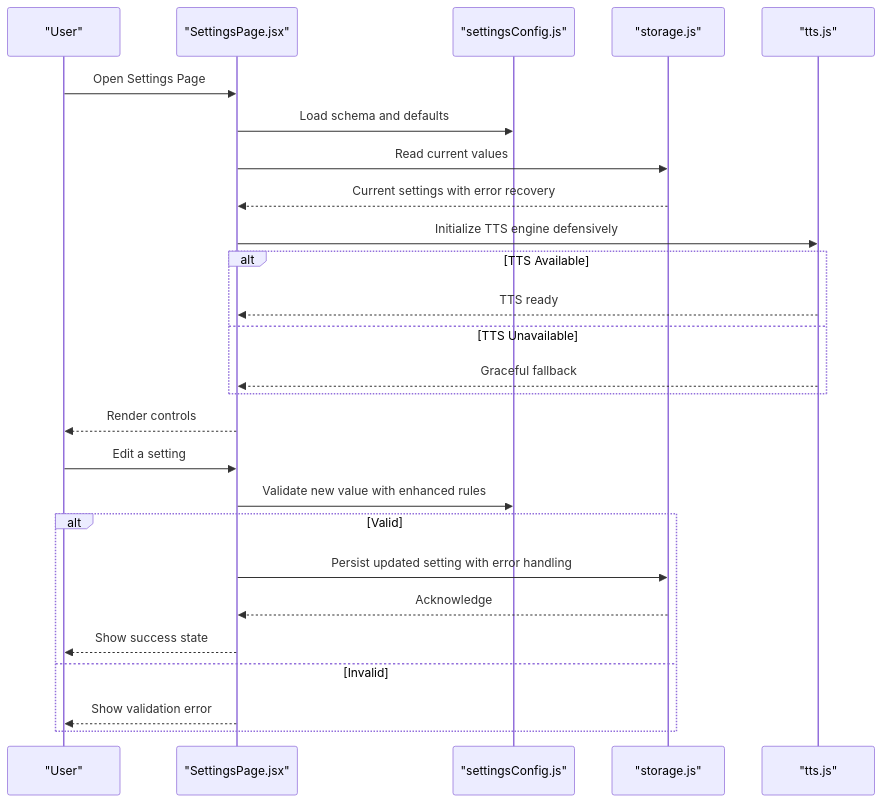
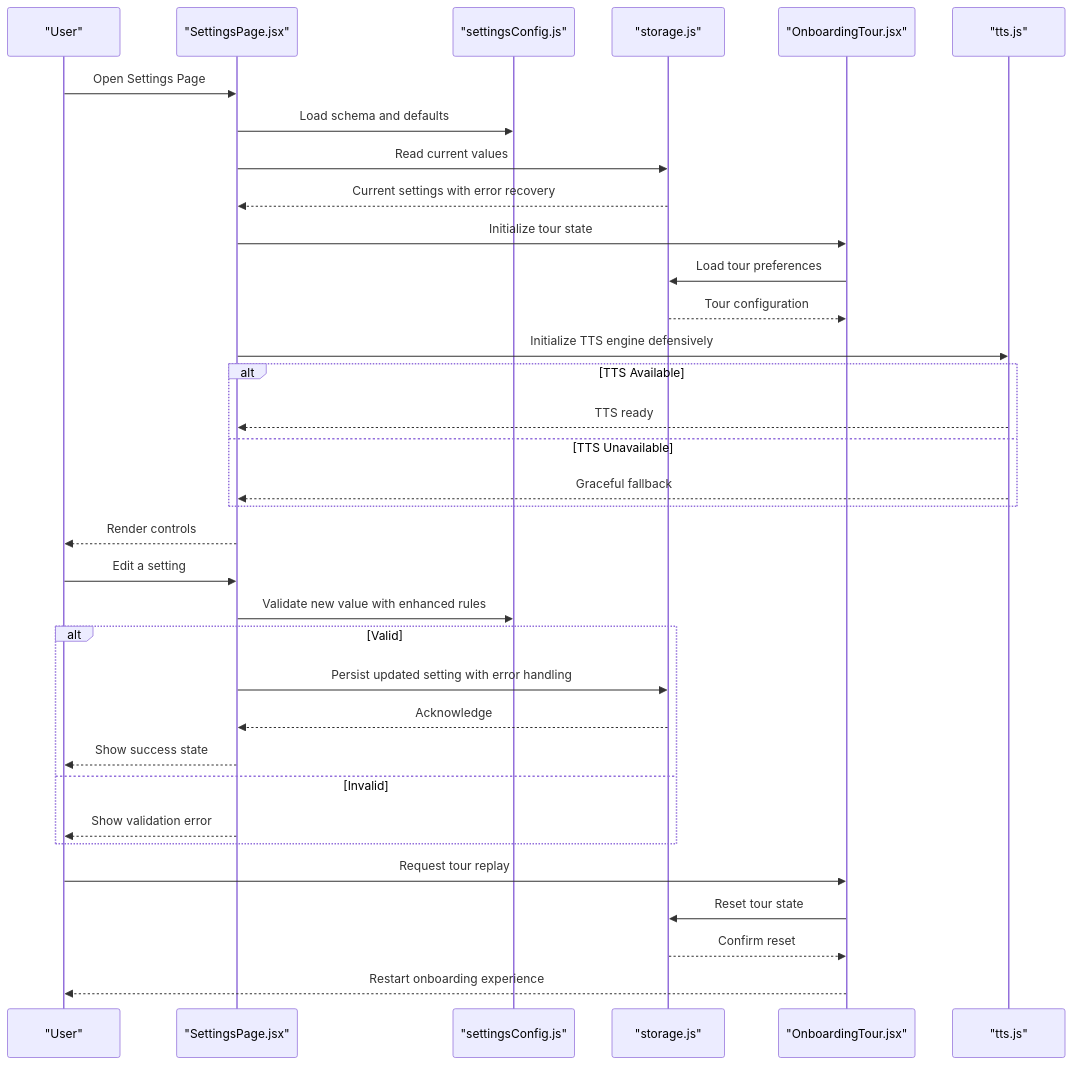
Before and after one commit to zmyeo54/briefroom: the second of 6 diagrams in .qoder/repowiki/en/content/Utility Libraries/Settings Configuration.md, drawn with Mermaid. The commit also changed other lines of this file and 41 other files, not shown here.

First line of the commit message:
docs(core-features): add detailed documentation for Mindmap Visualization and Onboarding Tour System

````diff
--- a/.qoder/repowiki/en/content/Utility Libraries/Settings Configuration.md
+++ b/.qoder/repowiki/en/content/Utility Libraries/Settings Configuration.md
@@ -92,28 +106,36 @@
 ```mermaid
 sequenceDiagram
 participant User as "User"
 participant UI as "SettingsPage.jsx"
 participant Schema as "settingsConfig.js"
 participant Store as "storage.js"
+participant Tour as "OnboardingTour.jsx"
 participant TTS as "tts.js"
 User->>UI : Open Settings Page
 UI->>Schema : Load schema and defaults
 UI->>Store : Read current values
 Store-->>UI : Current settings with error recovery
+UI->>Tour : Initialize tour state
+Tour->>Store : Load tour preferences
+Store-->>Tour : Tour configuration
 UI->>TTS : Initialize TTS engine defensively
 alt TTS Available
 TTS-->>UI : TTS ready
 else TTS Unavailable
 TTS-->>UI : Graceful fallback
 end
 UI-->>User : Render controls
 User->>UI : Edit a setting
 UI->>Schema : Validate new value with enhanced rules
 alt Valid
 UI->>Store : Persist updated setting with error handling
 Store-->>UI : Acknowledge
 UI-->>User : Show success state
 else Invalid
 UI-->>User : Show validation error
 end
+User->>Tour : Request tour replay
+Tour->>Store : Reset tour state
+Store-->>Tour : Confirm reset
+Tour-->>User : Restart onboarding experience
 ```
````
